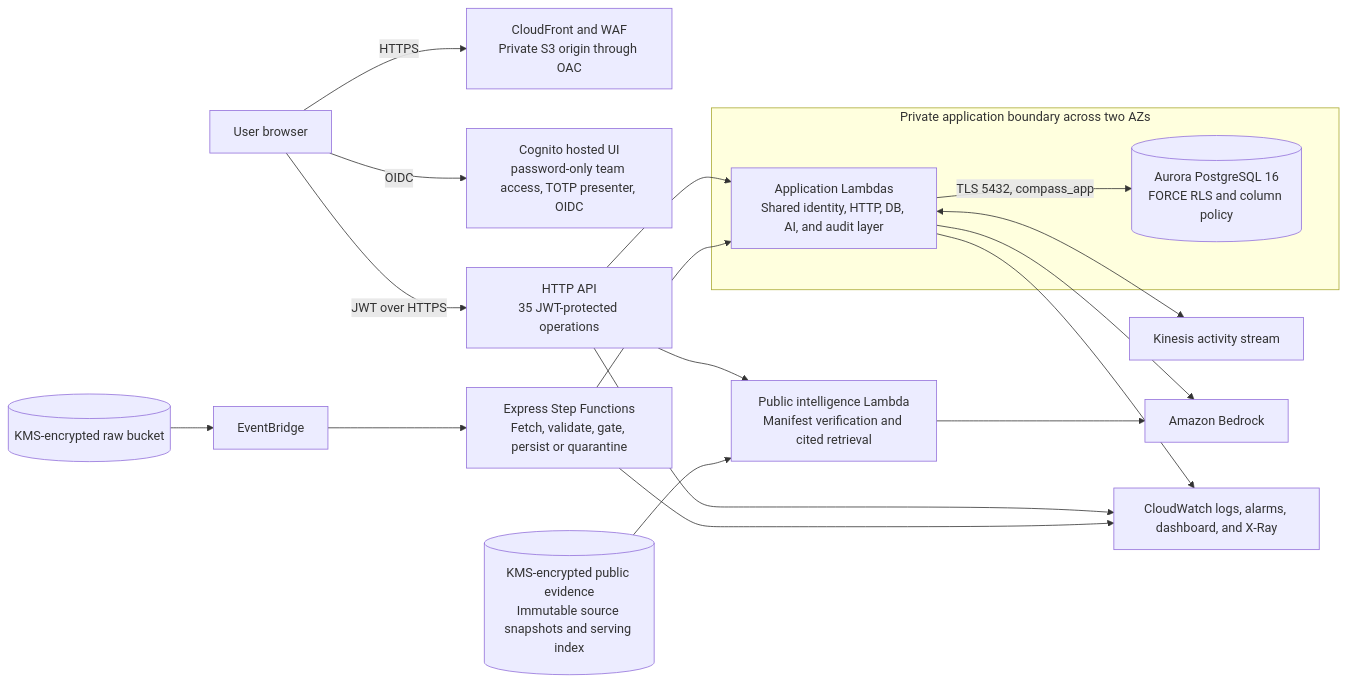
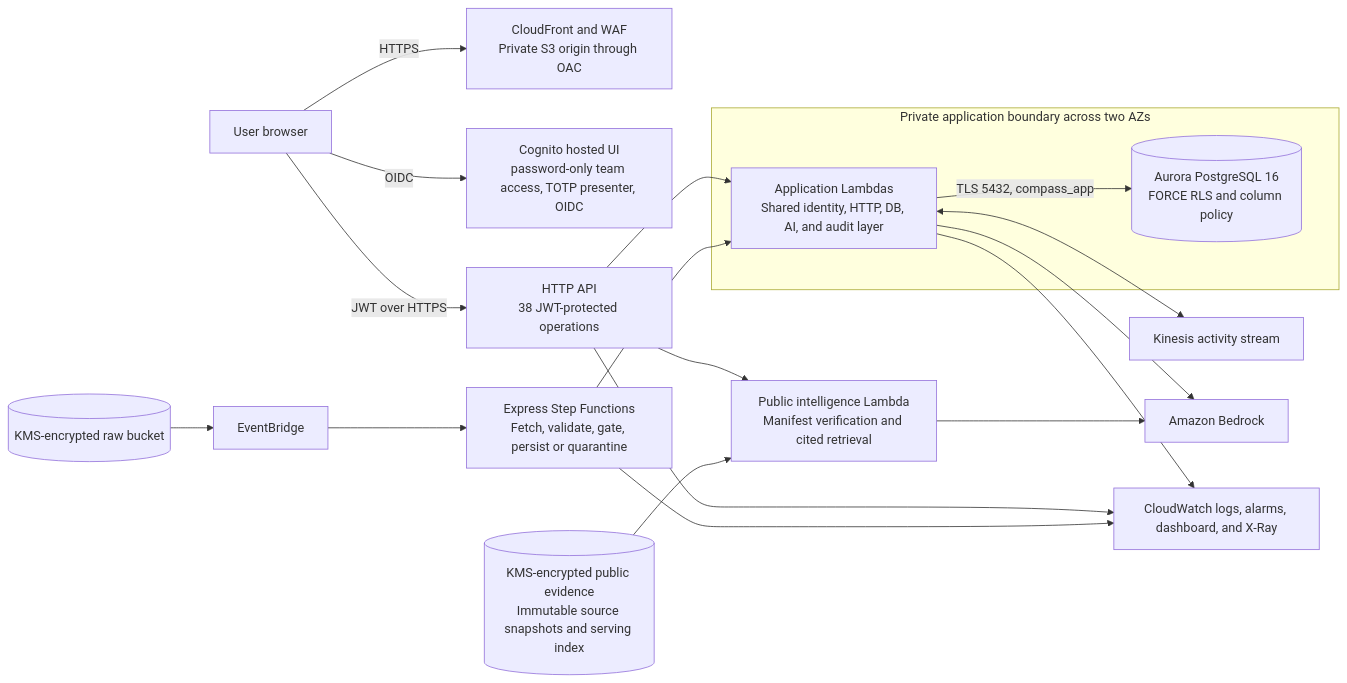
One commit to SatsyilCorp/compass-demo changed the first of 3 diagrams in docs/ARCHITECTURE.md. Above: the diagram before and after it, drawn with Mermaid. The commit also changed other lines of this file and 29 other files, not shown here.

````diff
--- a/docs/ARCHITECTURE.md
+++ b/docs/ARCHITECTURE.md
@@ -15,36 +15,36 @@
 ```mermaid
 flowchart LR
   U["User browser"]
   CF["CloudFront and WAF\nPrivate S3 origin through OAC"]
   COG["Cognito hosted UI\npassword-only team access, TOTP presenter, OIDC"]
-  API["HTTP API\n35 JWT-protected operations"]
+  API["HTTP API\n38 JWT-protected operations"]
 
   subgraph VPC["Private application boundary across two AZs"]
     L["Application Lambdas\nShared identity, HTTP, DB, AI, and audit layer"]
     DB[("Aurora PostgreSQL 16\nFORCE RLS and column policy")]
     L -->|"TLS 5432, compass_app"| DB
   end
 
   RAW[("KMS-encrypted raw bucket")]
   EB["EventBridge"]
   SFN["Express Step Functions\nFetch, validate, gate, persist or quarantine"]
   KIN["Kinesis activity stream"]
   BR["Amazon Bedrock"]
   PI["Public intelligence Lambda\nManifest verification and cited retrieval"]
   PUB[("KMS-encrypted public evidence\nImmutable source snapshots and serving index")]
   CW["CloudWatch logs, alarms, dashboard, and X-Ray"]
 
   U -->|"HTTPS"| CF
   U -->|"OIDC"| COG
   U -->|"JWT over HTTPS"| API
   API --> L
   RAW --> EB --> SFN --> L
   L <--> KIN
   L --> BR
   API --> PI
   PUB --> PI
   PI --> BR
   API --> CW
   L --> CW
   SFN --> CW
 ```
````
